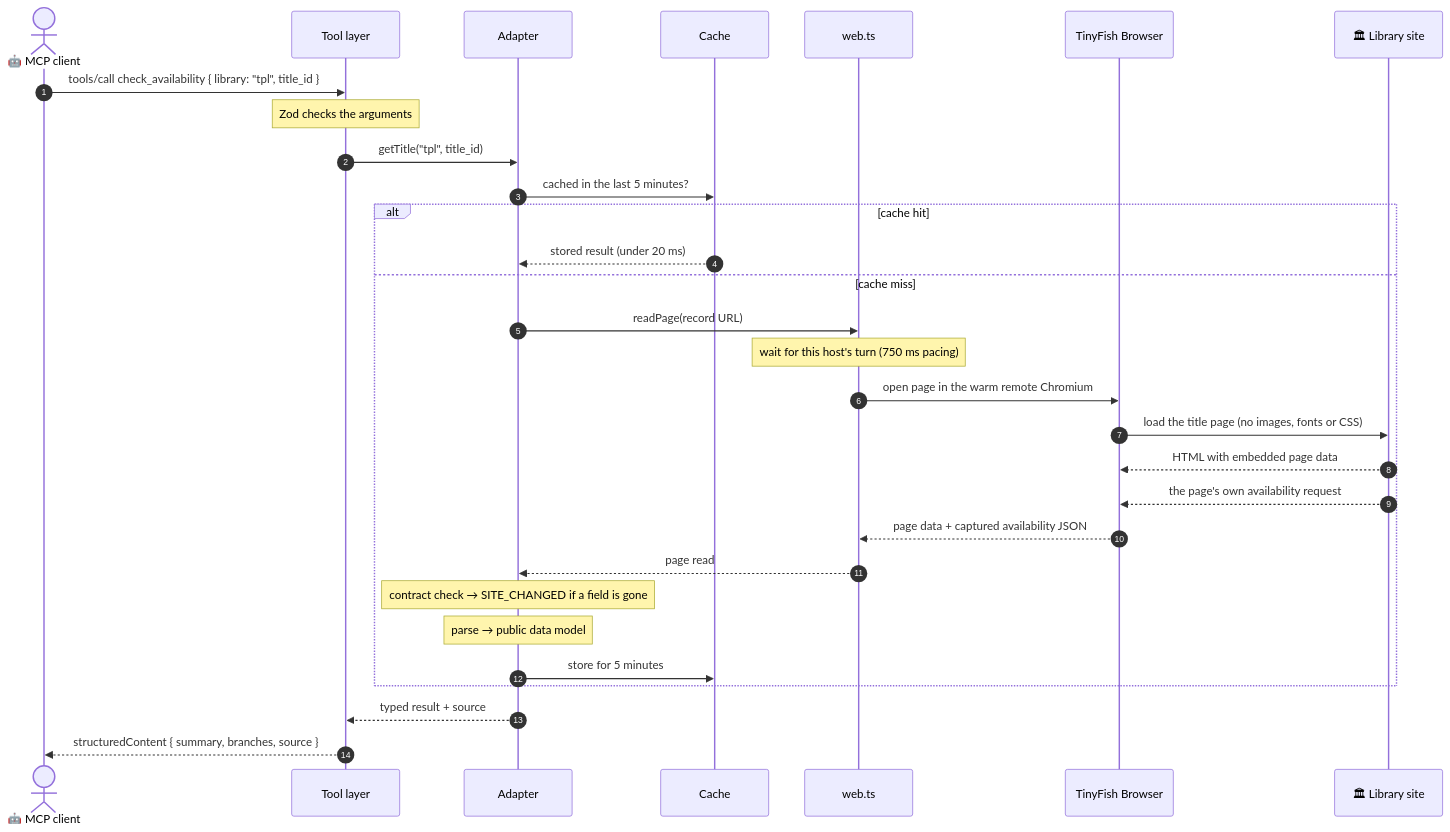
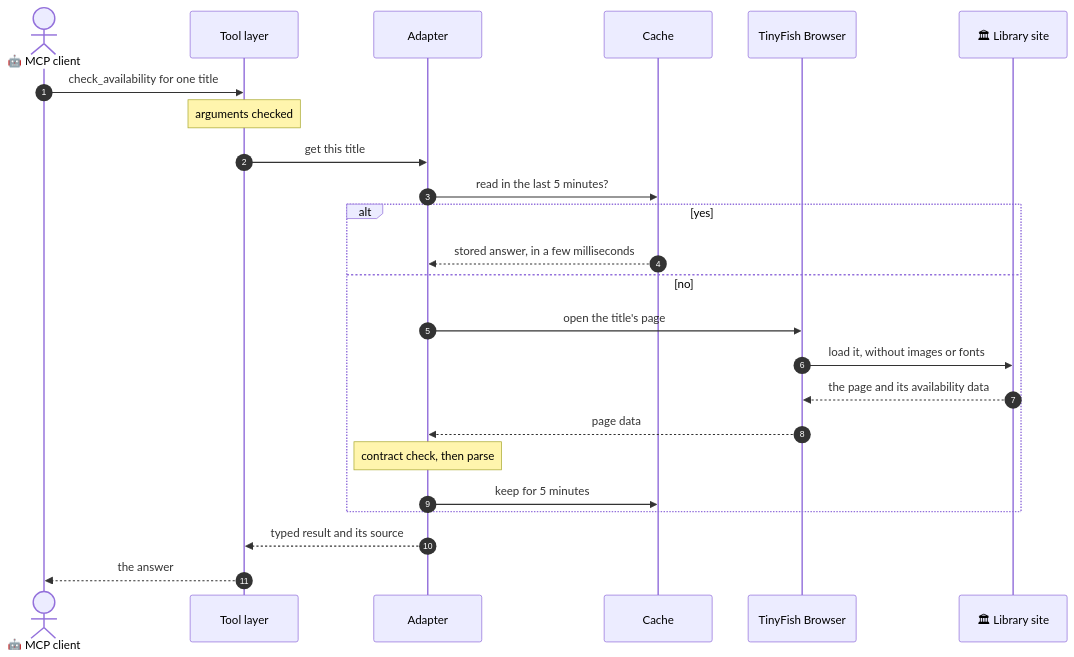
Before and after one commit to VivekSalwan2000/stacks-mcp: the third of 6 diagrams in README.md, drawn with Mermaid. The commit also changed other lines of this file and 4 other files, not shown here.

````diff
--- a/README.md
+++ b/README.md
@@ -314,33 +217,27 @@
 ```mermaid
 sequenceDiagram
   autonumber
   actor C as 🤖 MCP client
   participant T as Tool layer
   participant A as Adapter
   participant K as Cache
-  participant W as web.ts
   participant B as TinyFish Browser
   participant L as 🏛 Library site
 
-  C->>T: tools/call check_availability { library: "tpl", title_id }
-  Note over T: Zod checks the arguments
-  T->>A: getTitle("tpl", title_id)
-  A->>K: cached in the last 5 minutes?
-  alt cache hit
-    K-->>A: stored result (under 20 ms)
-  else cache miss
-    A->>W: readPage(record URL)
-    Note over W: wait for this host's turn (750 ms pacing)
-    W->>B: open page in the warm remote Chromium
-    B->>L: load the title page (no images, fonts or CSS)
-    L-->>B: HTML with embedded page data
-    L-->>B: the page's own availability request
-    B-->>W: page data + captured availability JSON
-    W-->>A: page read
-    Note over A: contract check → SITE_CHANGED if a field is gone
-    Note over A: parse → public data model
-    A->>K: store for 5 minutes
+  C->>T: check_availability for one title
+  Note over T: arguments checked
+  T->>A: get this title
+  A->>K: read in the last 5 minutes?
+  alt yes
+    K-->>A: stored answer, in a few milliseconds
+  else no
+    A->>B: open the title's page
+    B->>L: load it, without images or fonts
+    L-->>B: the page and its availability data
+    B-->>A: page data
+    Note over A: contract check, then parse
+    A->>K: keep for 5 minutes
   end
-  A-->>T: typed result + source
-  T-->>C: structuredContent { summary, branches, source }
+  A-->>T: typed result and its source
+  T-->>C: the answer
 ```
````
